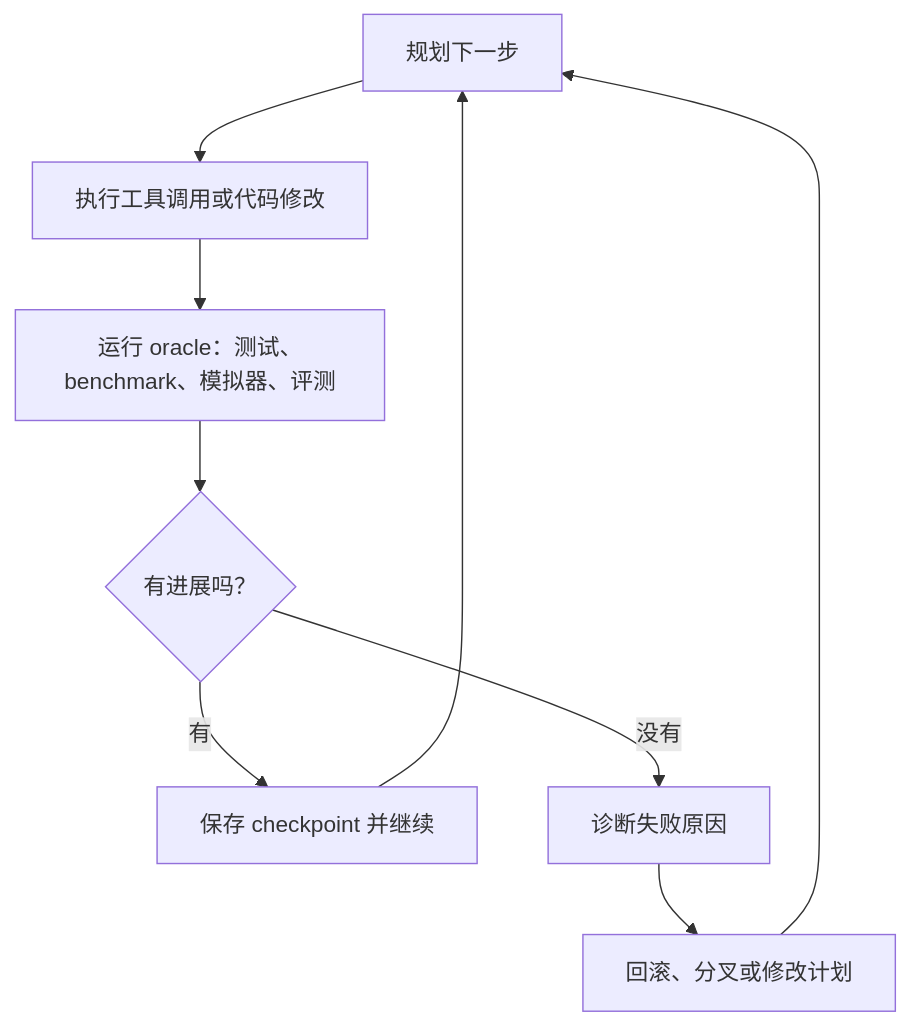
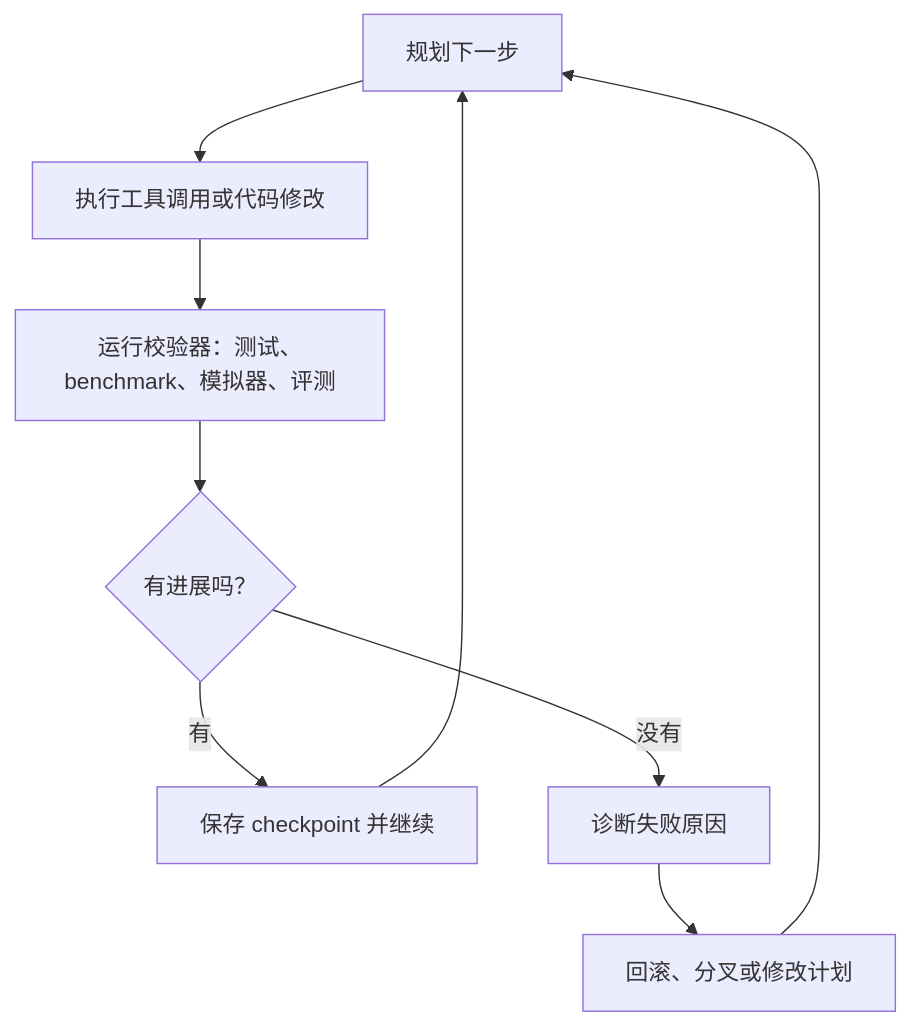
One commit to haoyuhu/haoyuhu.github.io changed the diagram in content/posts/articles/long-running-agents-need-oracles-and-memory/body.zh-CN.md. Above: the diagram before and after it, drawn with Mermaid. The commit also changed other lines of this file, not shown here.

````diff
--- a/content/posts/articles/long-running-agents-need-oracles-and-memory/body.zh-CN.md
+++ b/content/posts/articles/long-running-agents-need-oracles-and-memory/body.zh-CN.md
@@ -32,11 +32,11 @@
 ```mermaid
 flowchart TD
     A["规划下一步"] --> B["执行工具调用或代码修改"]
-    B --> C["运行 oracle：测试、benchmark、模拟器、评测"]
+    B --> C["运行校验器：测试、benchmark、模拟器、评测"]
     C --> D{"有进展吗？"}
     D -->|"有"| E["保存 checkpoint 并继续"]
     D -->|"没有"| F["诊断失败原因"]
     F --> G["回滚、分叉或修改计划"]
     G --> A
     E --> A
 ```
````
